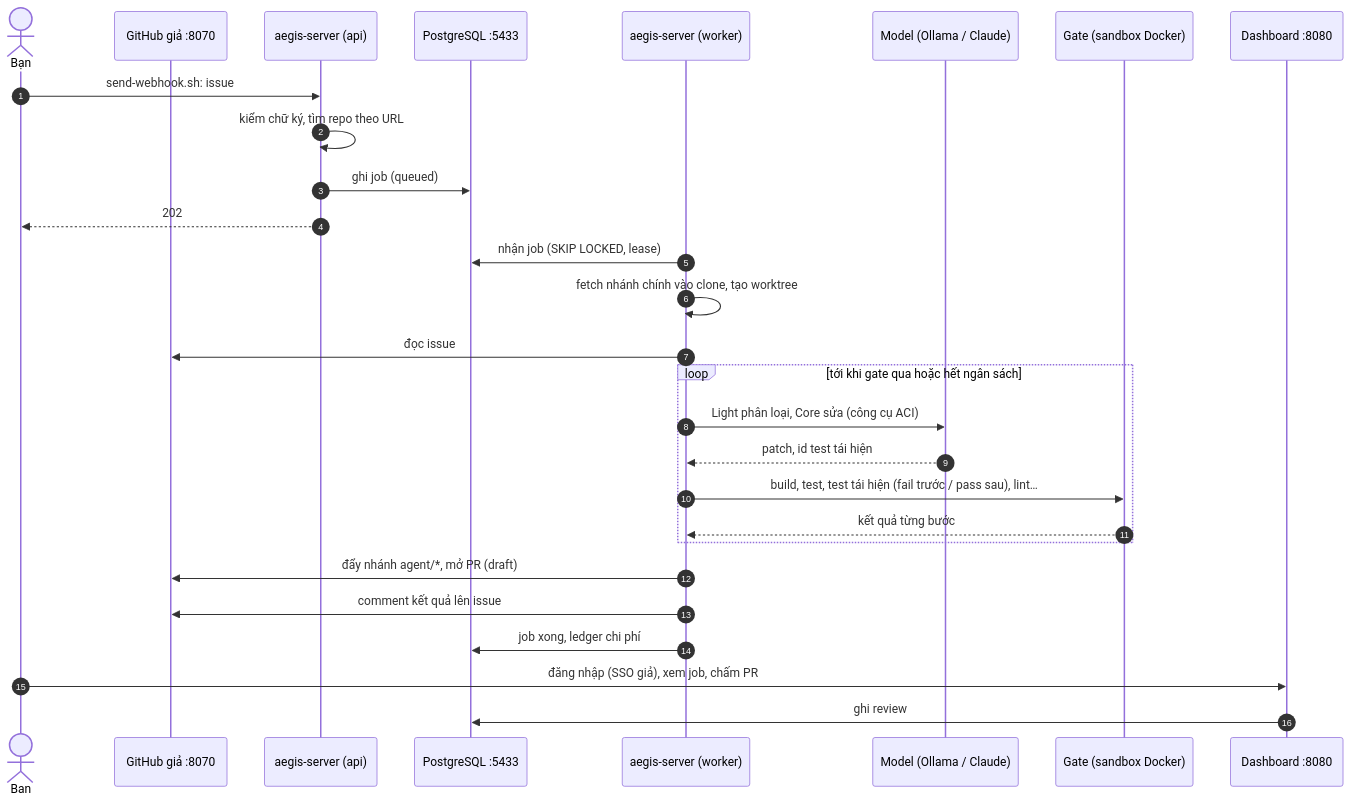
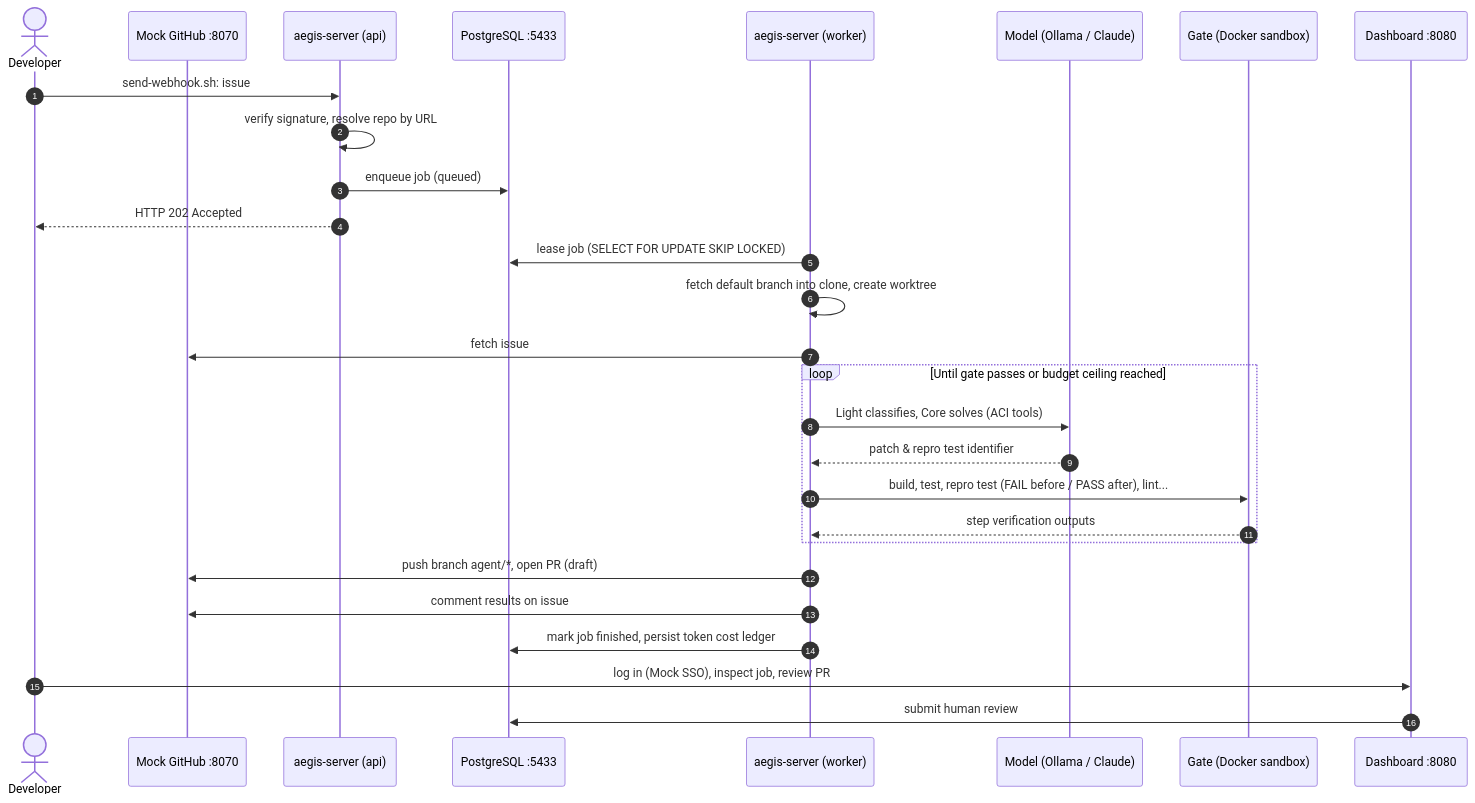
The diagram in docs/local-trial.md (hoanghainh1188/aegis-code), drawn with Mermaid before and after one commit. The commit also changed other lines of this file and 19 other files, not shown here.

````diff
--- a/docs/local-trial.md
+++ b/docs/local-trial.md
@@ -25,31 +27,31 @@
 ```mermaid
 sequenceDiagram
     autonumber
-    actor Dev as Bạn
-    participant GH as GitHub giả :8070
+    actor Dev as Developer
+    participant GH as Mock GitHub :8070
     participant API as aegis-server (api)
     participant DB as PostgreSQL :5433
     participant W as aegis-server (worker)
     participant M as Model (Ollama / Claude)
-    participant G as Gate (sandbox Docker)
+    participant G as Gate (Docker sandbox)
     participant D as Dashboard :8080
 
-    Dev->>API: send-webhook.sh: issue #1 gắn nhãn aegis (ký HMAC)
-    API->>API: kiểm chữ ký, tìm repo theo URL
-    API->>DB: ghi job (queued)
-    API-->>Dev: 202
-    W->>DB: nhận job (SKIP LOCKED, lease)
-    W->>W: fetch nhánh chính vào clone, tạo worktree
-    W->>GH: đọc issue #1
-    loop tới khi gate qua hoặc hết ngân sách
-        W->>M: Light phân loại, Core sửa (công cụ ACI)
-        M-->>W: patch, id test tái hiện
-        W->>G: build, test, test tái hiện (fail trước / pass sau), lint…
-        G-->>W: kết quả từng bước
+    Dev->>API: send-webhook.sh: issue #1 labeled 'aegis' (HMAC signed)
+    API->>API: verify signature, resolve repo by URL
+    API->>DB: enqueue job (queued)
+    API-->>Dev: HTTP 202 Accepted
+    W->>DB: lease job (SELECT FOR UPDATE SKIP LOCKED)
+    W->>W: fetch default branch into clone, create worktree
+    W->>GH: fetch issue #1 details
+    loop Until gate passes or budget ceiling reached
+        W->>M: Light classifies, Core solves (ACI tools)
+        M-->>W: patch & repro test identifier
+        W->>G: build, test, repro test (FAIL before / PASS after), lint...
+        G-->>W: step verification outputs
     end
-    W->>GH: đẩy nhánh agent/*, mở PR (draft)
-    W->>GH: comment kết quả lên issue #1
-    W->>DB: job xong, ledger chi phí
-    Dev->>D: đăng nhập (SSO giả), xem job, chấm PR
-    D->>DB: ghi review
+    W->>GH: push branch agent/*, open PR (draft)
+    W->>GH: comment results on issue #1
+    W->>DB: mark job finished, persist token cost ledger
+    Dev->>D: log in (Mock SSO), inspect job, review PR
+    D->>DB: submit human review
 ```
````
